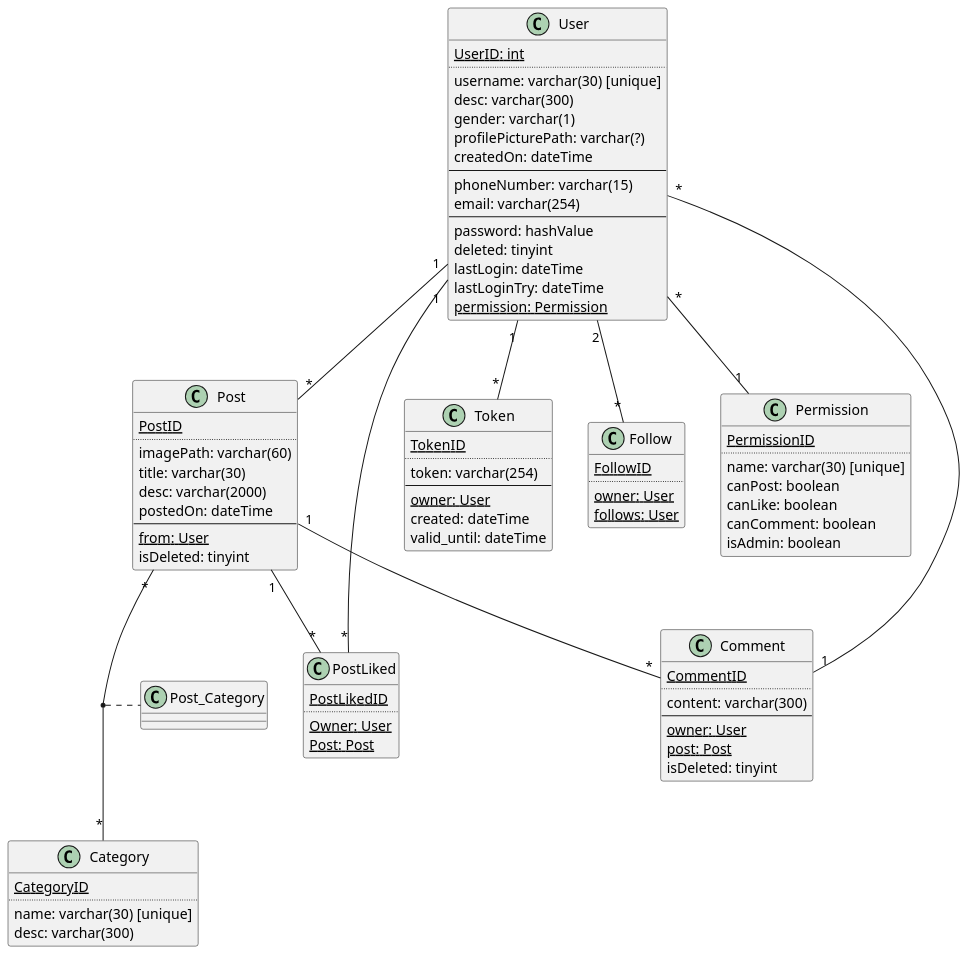
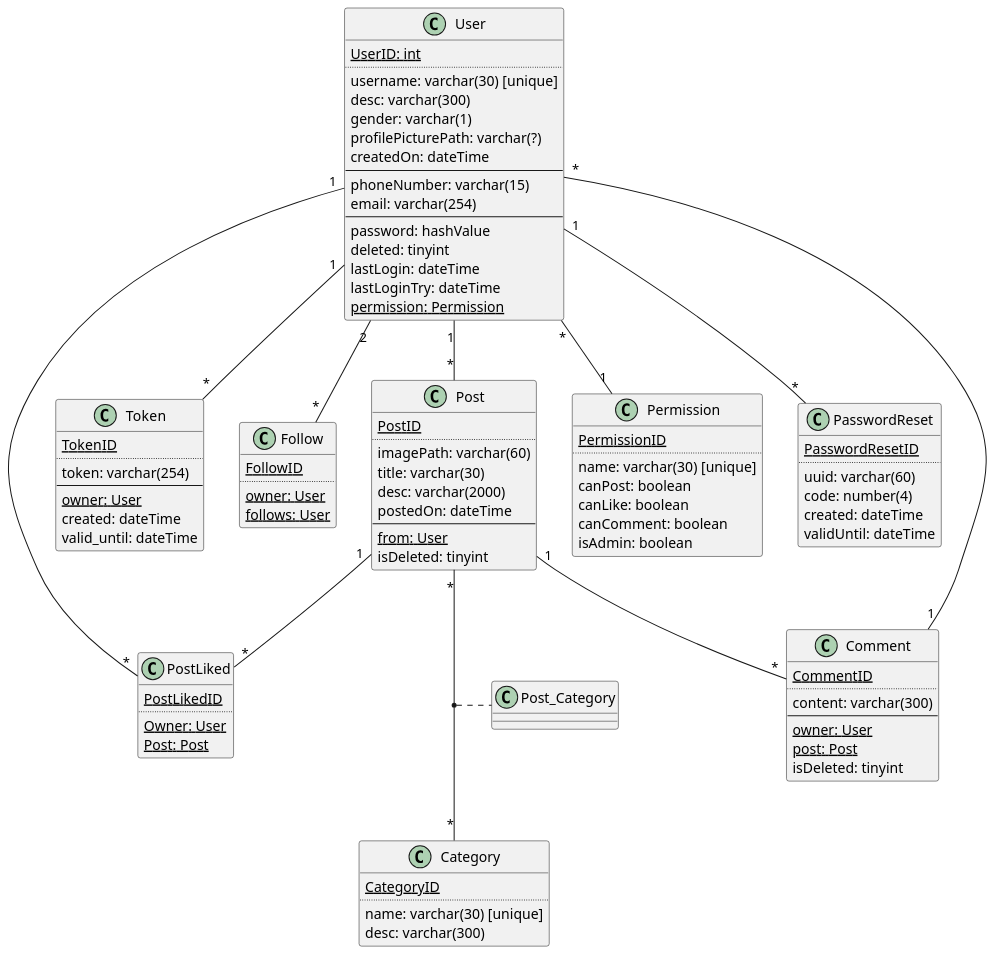
The diagram in doc/plantuml/dbconcept.puml (MctomSpdo/Visuly), drawn with PlantUML before and after one commit. The commit also changed 2 other files, not shown here.

Commit message:
planning for password resets

```diff
--- a/doc/plantuml/dbconcept.puml
+++ b/doc/plantuml/dbconcept.puml
@@ -1,101 +1,111 @@
 @startuml
 skinparam backgroundcolor transparent
 skinparam shadowing false
 
 scale 1.3
 
 class User {
     <u>UserID: int</u>
     ..
     username: varchar(30) [unique]
     desc: varchar(300)
     gender: varchar(1)
     profilePicturePath: varchar(?)
     createdOn: dateTime
     --
     phoneNumber: varchar(15)
     email: varchar(254)
     --
     password: hashValue
     deleted: tinyint
     lastLogin: dateTime
     lastLoginTry: dateTime
     <w>permission: Permission</w>
 }
 
 class Post {
     <u>PostID</u>
     ..
     imagePath: varchar(60)
     title: varchar(30)
     desc: varchar(2000)
     postedOn: dateTime
     --
     <w>from: User</w>
     isDeleted: tinyint
 }
 
 class Category {
     <u>CategoryID</u>
     ..
     name: varchar(30) [unique]
     desc: varchar(300)
 }
 
 class Token {
     <u>TokenID</u>
     ..
     token: varchar(254)
     --
     <w>owner: User</w>
     created: dateTime
     valid_until: dateTime
 }
 
 class Follow {
     <u>FollowID</u>
     ..
     <w>owner: User</w>
     <w>follows: User</w>
 }
 
 class PostLiked {
     <u>PostLikedID</u>
     ..
     <w>Owner: User</w>
     <w>Post: Post</w>
 }
 
 class Permission {
     <u>PermissionID</u>
     ..
     name: varchar(30) [unique]
     canPost: boolean
     canLike: boolean
     canComment: boolean
     isAdmin: boolean
 }
 
+class PasswordReset {
+    <u>PasswordResetID</u>
+    ..
+    uuid: varchar(60)
+    code: number(4)
+    created: dateTime
+    validUntil: dateTime
+}
+
 class Comment {
     <u>CommentID</u>
     ..
     content: varchar(300)
     --
     <w>owner: User</w>
     <w>post: Post</w>
     isDeleted: tinyint
 }
 
 User "1" -- "*" Post
 User "*" -- "1" Comment
 User "1" -- "*" Token
 User "2" -- "*" Follow
 User "1" -- "*" PostLiked
 User "*" -- "1" Permission
+User "1" -- "*" PasswordReset
 
 Post "1" -- "*" PostLiked
 Post "1" -- "*" Comment
 Post "*" -- "*" Category
 (Post, Category) .. Post_Category
 
 @enduml
```
